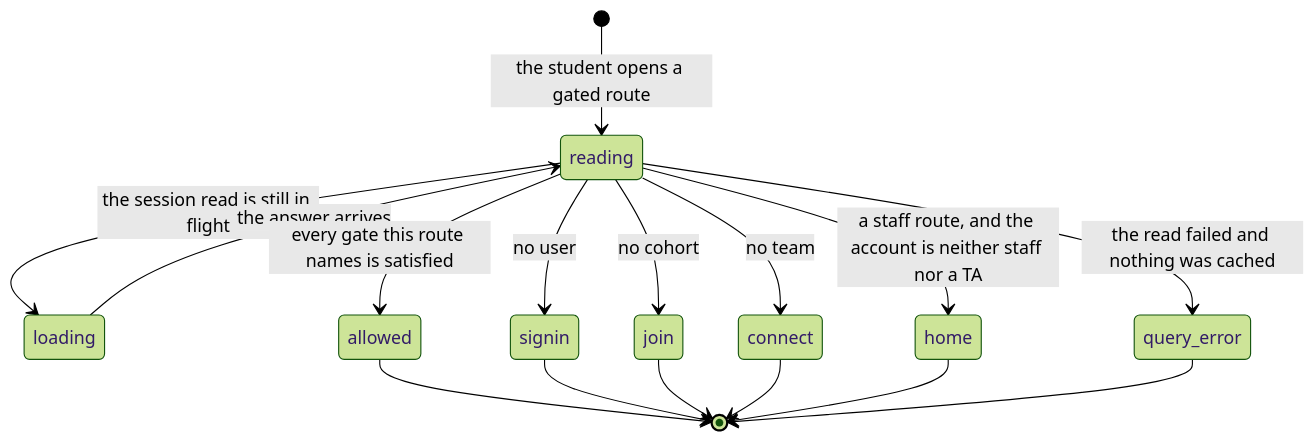
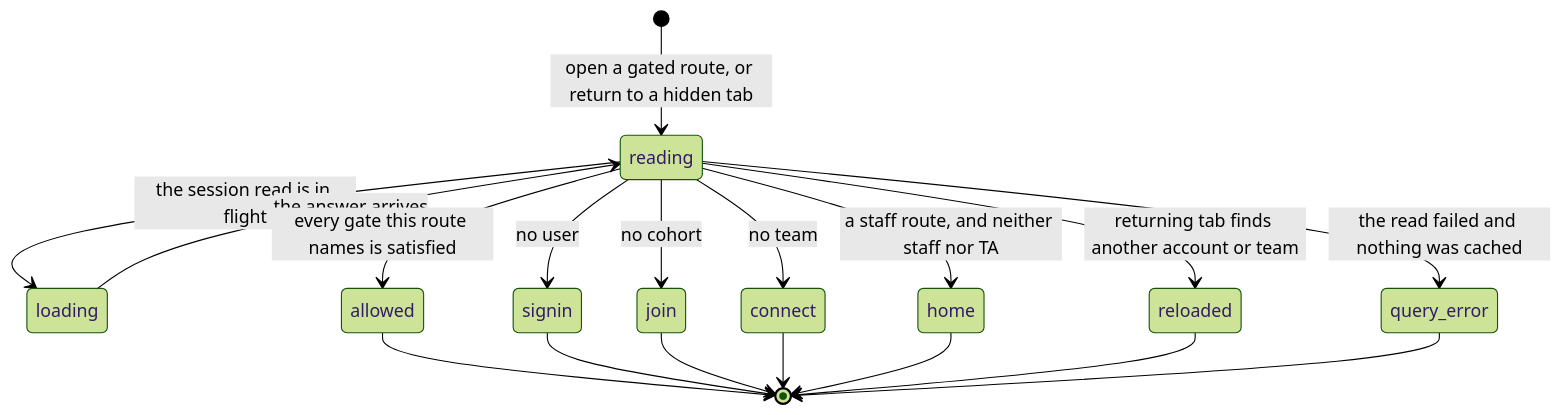
The diagram in docs/product-description/foundations/identity-and-roles.md (SamGu-NRX/CogPortal), drawn with Mermaid (forest theme) before and after one commit. The commit also changed other lines of this file and 41 other files, not shown here.

````diff
--- a/docs/product-description/foundations/identity-and-roles.md
+++ b/docs/product-description/foundations/identity-and-roles.md
@@ -41,18 +39,20 @@
 ```mermaid
 stateDiagram-v2
-    [*] --> reading : the student opens a gated route
-    reading --> loading : the session read is still in flight
+    [*] --> reading : open a gated route, or return to a hidden tab
+    reading --> loading : the session read is in flight
     loading --> reading : the answer arrives
     reading --> query_error : the read failed and nothing was cached
     reading --> signin : no user
     reading --> join : no cohort
     reading --> connect : no team
-    reading --> home : a staff route, and the account is neither staff nor a TA
+    reading --> home : a staff route, and neither staff nor TA
+    reading --> reloaded : returning tab finds another account or team
     reading --> allowed : every gate this route names is satisfied
     allowed --> [*]
     signin --> [*]
     join --> [*]
     connect --> [*]
     home --> [*]
+    reloaded --> [*]
     query_error --> [*]
 ```
````
